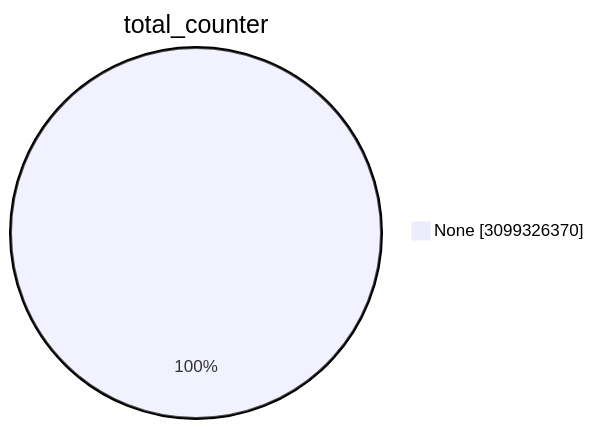
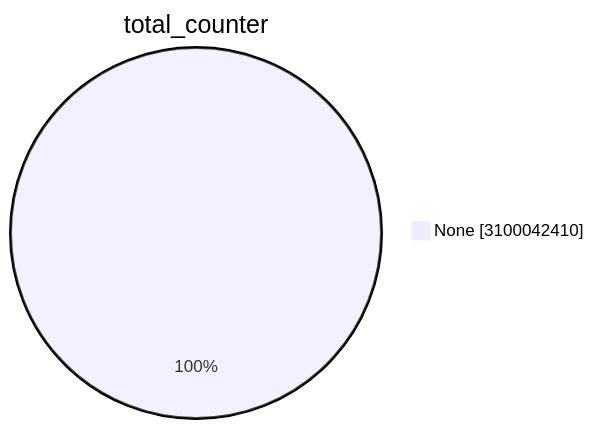
The first of 15 diagrams in TOTAL/README.md (christiankrug/ctmonitor_visualization), drawn with Mermaid before and after one commit. The commit also changed other lines of this file, not shown here.

````diff
--- a/TOTAL/README.md
+++ b/TOTAL/README.md
@@ -1,5 +1,5 @@
 ```mermaid
 pie showData
 title total_counter
-"None" :3099326370
+"None" :3100042410
 ```
````
